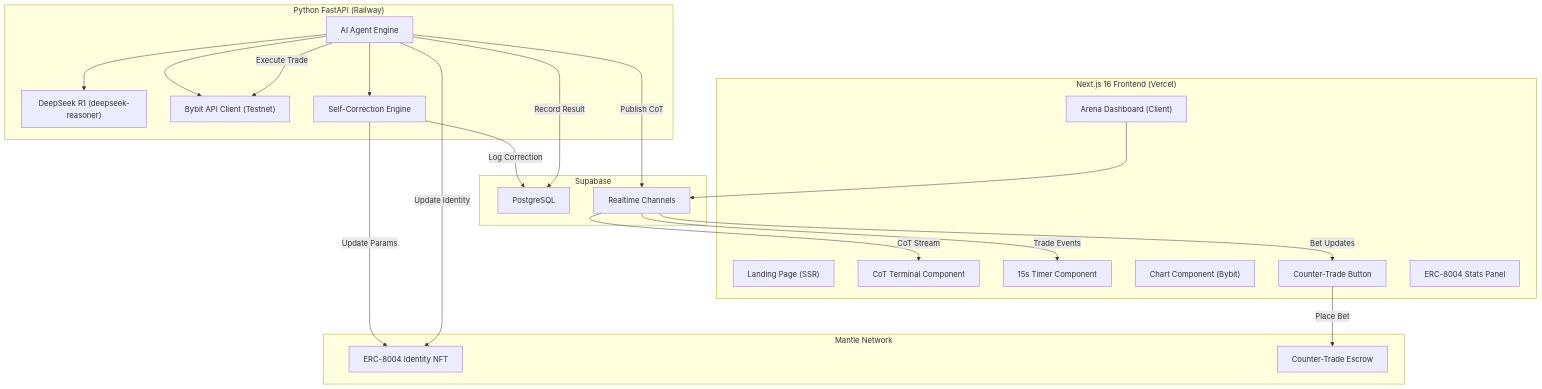
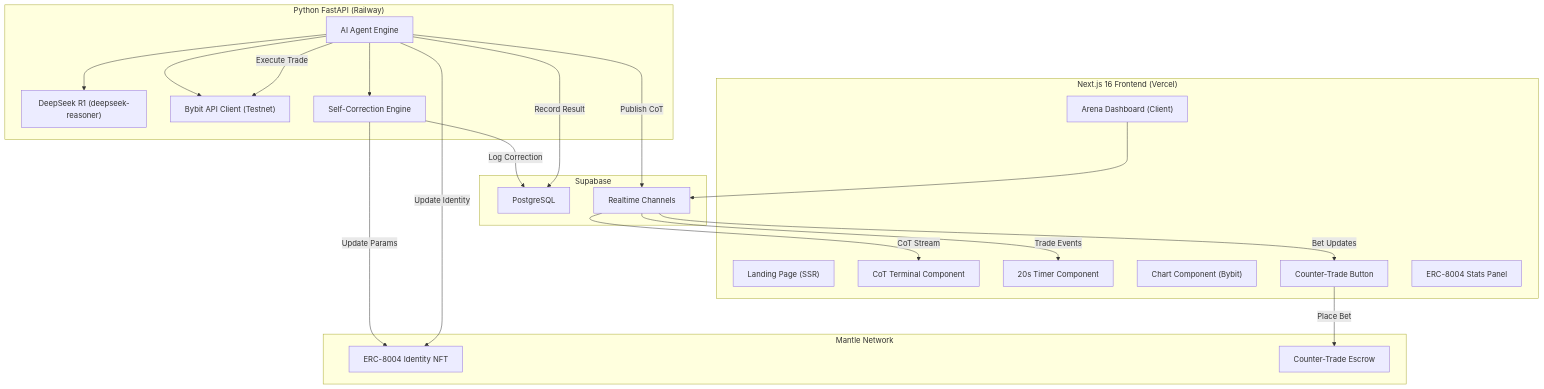
Before and after one commit to edycutjong/turena: the diagram in docs/ARCHITECTURE.md, drawn with Mermaid. The commit also changed other lines of this file and 78 other files, not shown here.

````diff
--- a/docs/ARCHITECTURE.md
+++ b/docs/ARCHITECTURE.md
@@ -5,46 +5,46 @@
 ```mermaid
 graph TB
     subgraph Frontend["Next.js 16 Frontend (Vercel)"]
         LP["Landing Page (SSR)"]
         AD["Arena Dashboard (Client)"]
         COT["CoT Terminal Component"]
-        TMR["15s Timer Component"]
+        TMR["20s Timer Component"]
         CHT["Chart Component (Bybit)"]
         BET["Counter-Trade Button"]
         NFT["ERC-8004 Stats Panel"]
     end
 
     subgraph Backend["Python FastAPI (Railway)"]
         AGT["AI Agent Engine"]
         RSN["DeepSeek R1 (deepseek-reasoner)"]
         BYB["Bybit API Client (Testnet)"]
         SCE["Self-Correction Engine"]
     end
 
     subgraph Supabase["Supabase"]
         DB["PostgreSQL"]
         RT["Realtime Channels"]
     end
 
     subgraph Mantle["Mantle Network"]
         ERC["ERC-8004 Identity NFT"]
         ESC["Counter-Trade Escrow"]
     end
 
     AD --> RT
     RT -->|"CoT Stream"| COT
     RT -->|"Trade Events"| TMR
     RT -->|"Bet Updates"| BET
 
     AGT -->|"Publish CoT"| RT
     AGT --> RSN
     AGT --> BYB
     AGT --> SCE
 
     SCE -->|"Update Params"| ERC
     SCE -->|"Log Correction"| DB
     BET -->|"Place Bet"| ESC
     AGT -->|"Execute Trade"| BYB
     AGT -->|"Record Result"| DB
     AGT -->|"Update Identity"| ERC
 ```
````
